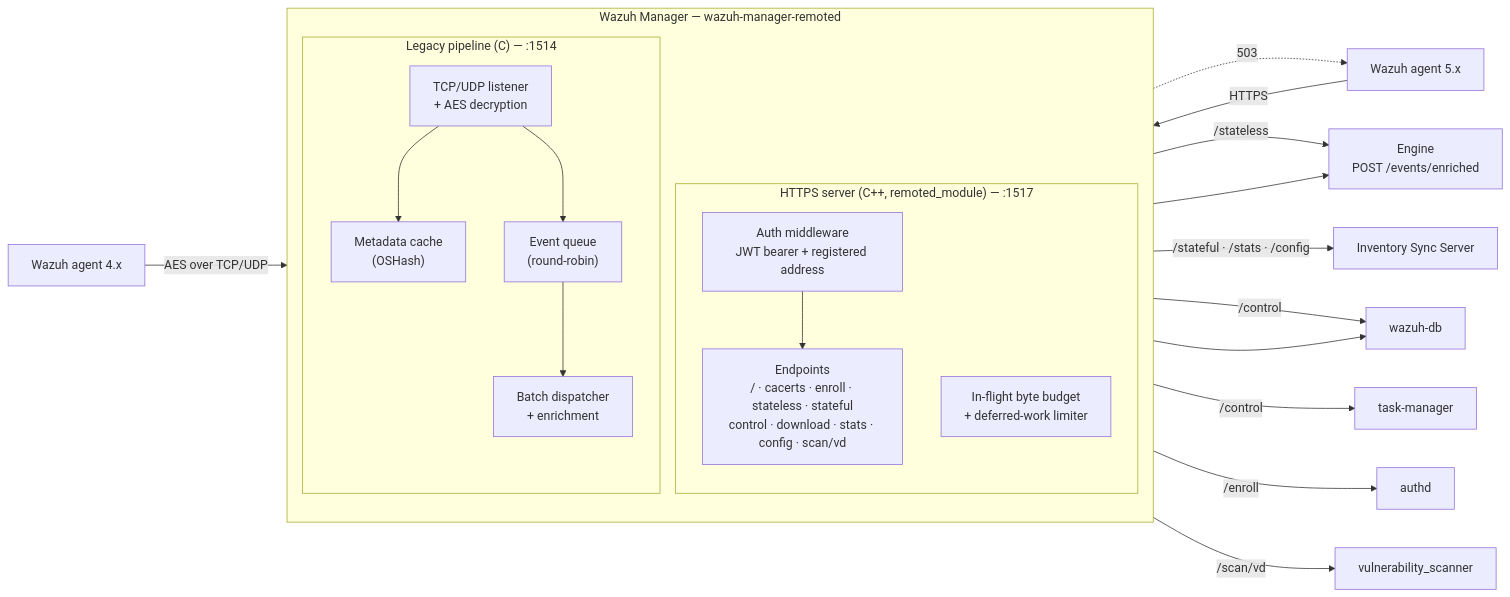
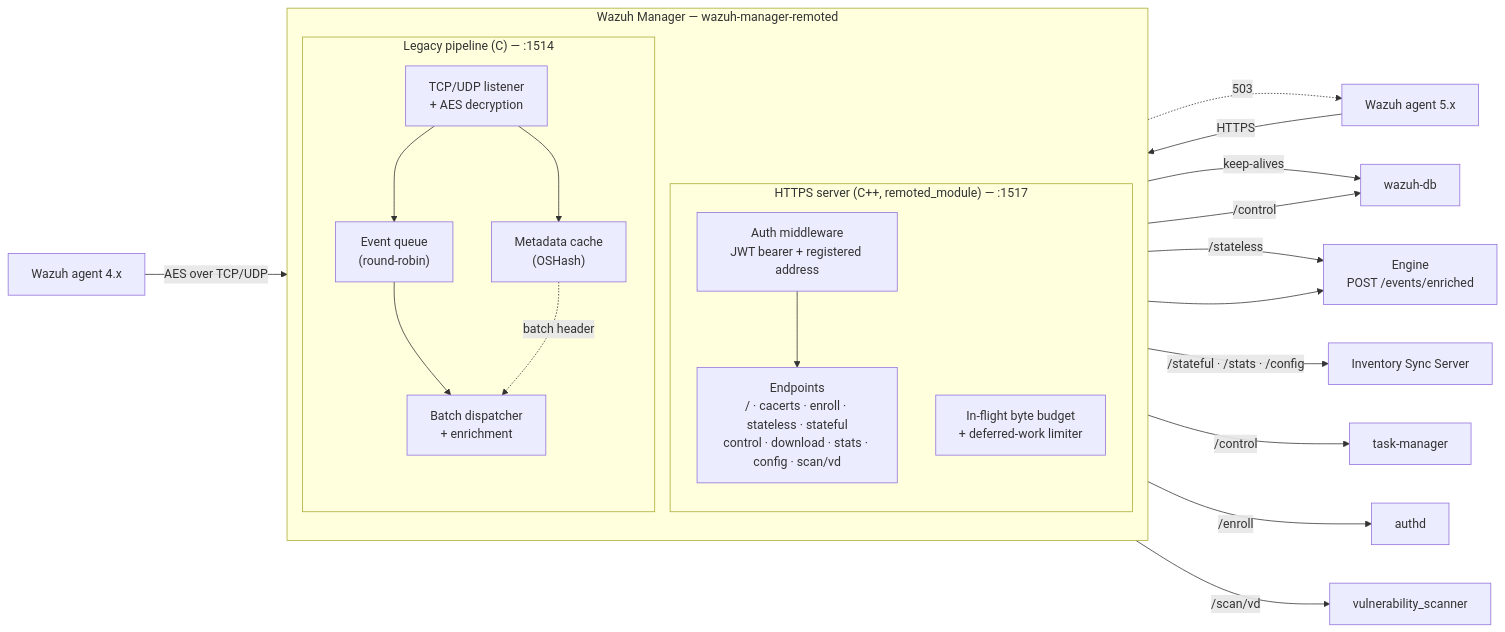
Before and after one commit to wazuh/wazuh: the diagram in docs/ref/modules/remoted/architecture.md, drawn with Mermaid. The commit also changed other lines of this file and 244 other files, not shown here.

````diff
--- a/docs/ref/modules/remoted/architecture.md
+++ b/docs/ref/modules/remoted/architecture.md
@@ -29,42 +29,43 @@
 ```mermaid
 flowchart LR
     A5["Wazuh agent 5.x"]
     A4["Wazuh agent 4.x"]
 
     subgraph MGR["Wazuh Manager — wazuh-manager-remoted"]
         direction TB
         subgraph HTTPS["HTTPS server (C++, remoted_module) — :1517"]
             AUTH["Auth middleware<br/>JWT bearer + registered address"]
             EP["Endpoints<br/>/ · cacerts · enroll · stateless · stateful<br/>control · download · stats · config · scan/vd"]
             BUD["In-flight byte budget<br/>+ deferred-work limiter"]
         end
         subgraph LEG["Legacy pipeline (C) — :1514"]
             LIS["TCP/UDP listener<br/>+ AES decryption"]
             META["Metadata cache<br/>(OSHash)"]
             EQ["Event queue<br/>(round-robin)"]
             DISP["Batch dispatcher<br/>+ enrichment"]
         end
     end
 
     ENG["Engine<br/>POST /events/enriched"]
     SYNC["Inventory Sync Server"]
     WDB["wazuh-db"]
     AUTHD["authd"]
     TASK["task-manager"]
     VD["vulnerability_scanner"]
 
     A5 -->|HTTPS| AUTH --> EP
     BUD -.->|503| A5
     A4 -->|"AES over TCP/UDP"| LIS
     LIS --> META
+    LIS -->|"keep-alives"| WDB
     LIS --> EQ --> DISP
+    META -.->|"batch header"| DISP
 
     EP -->|"/stateless"| ENG
     EP -->|"/stateful · /stats · /config"| SYNC
     EP -->|"/control"| WDB
     EP -->|"/control"| TASK
     EP -->|"/enroll"| AUTHD
     EP -->|"/scan/vd"| VD
     DISP --> ENG
-    META --> WDB
 ```
````
